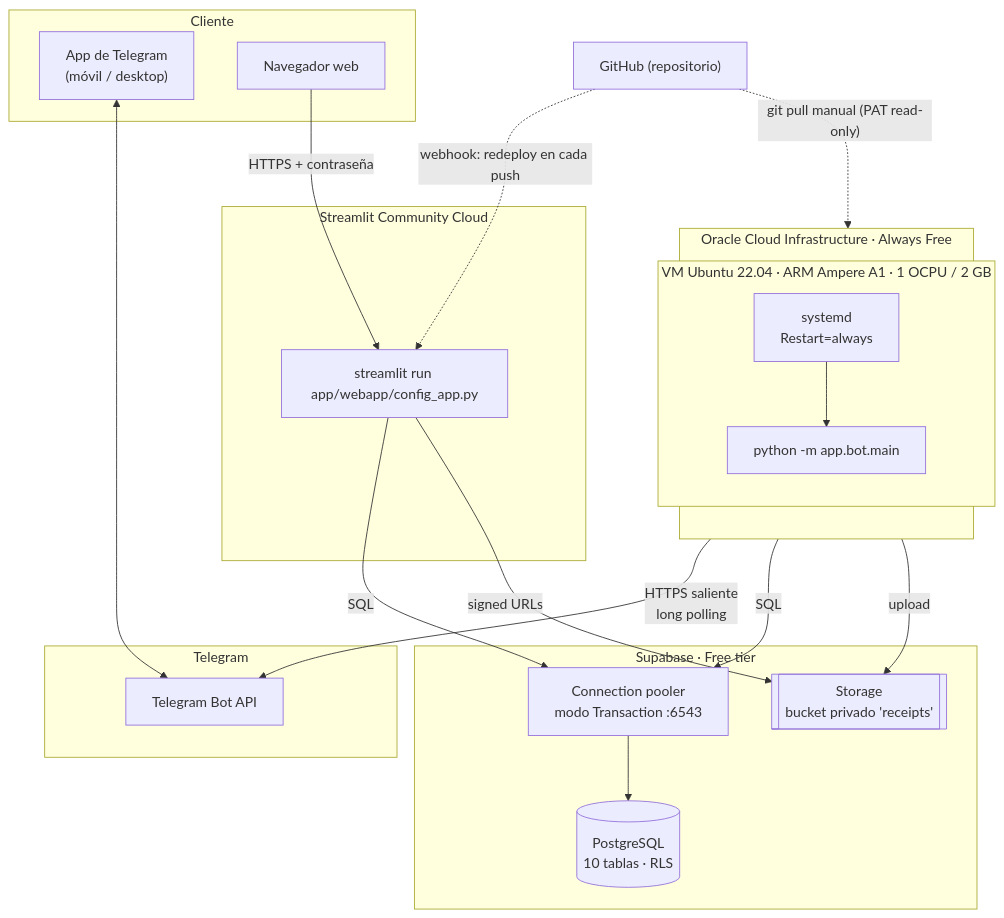
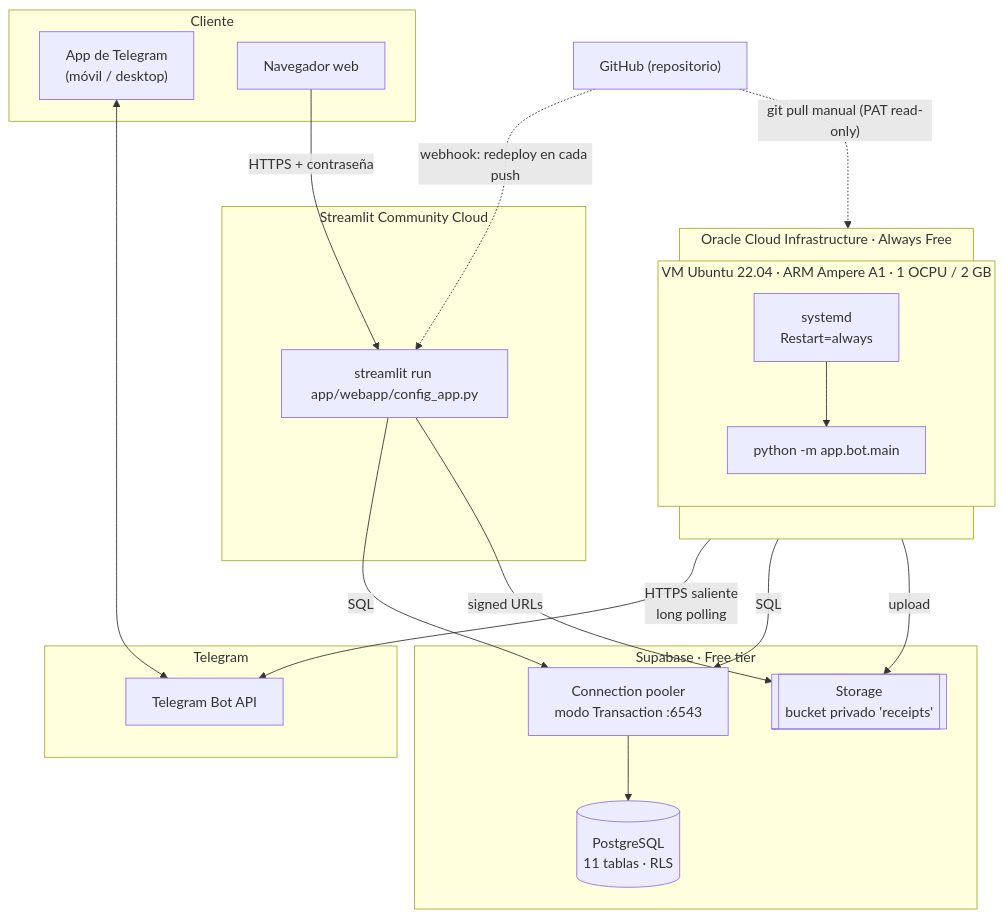
One commit to Javier3921/Finance changed the first of 11 diagrams in docs/ANALISIS_TECNICO.md. Above: the diagram before and after it, drawn with Mermaid. The commit also changed other lines of this file and 3 other files, not shown here.

````diff
--- a/docs/ANALISIS_TECNICO.md
+++ b/docs/ANALISIS_TECNICO.md
@@ -65,45 +65,45 @@
 ```mermaid
 flowchart TB
     subgraph Cliente
         TGAPP["App de Telegram<br/>(móvil / desktop)"]
         BROWSER["Navegador web"]
     end
 
     subgraph Telegram
         TGAPI["Telegram Bot API"]
     end
 
     subgraph OCI["Oracle Cloud Infrastructure · Always Free"]
         direction TB
         subgraph VM["VM Ubuntu 22.04 · ARM Ampere A1 · 1 OCPU / 2 GB"]
             SYSTEMD["systemd<br/>Restart=always"]
             BOT["python -m app.bot.main"]
             SYSTEMD --> BOT
         end
     end
 
     subgraph STC["Streamlit Community Cloud"]
         DASH["streamlit run app/webapp/config_app.py"]
     end
 
     subgraph SUPA["Supabase · Free tier"]
         POOLER["Connection pooler<br/>modo Transaction :6543"]
-        PG[("PostgreSQL<br/>10 tablas · RLS")]
+        PG[("PostgreSQL<br/>11 tablas · RLS")]
         STORAGE[["Storage<br/>bucket privado 'receipts'"]]
         POOLER --> PG
     end
 
     GITHUB["GitHub (repositorio)"]
 
     TGAPP <--> TGAPI
     BOT -- "HTTPS saliente<br/>long polling" --> TGAPI
     BROWSER -- "HTTPS + contraseña" --> DASH
 
     BOT -- "SQL" --> POOLER
     DASH -- "SQL" --> POOLER
     BOT -- "upload" --> STORAGE
     DASH -- "signed URLs" --> STORAGE
 
     GITHUB -. "webhook: redeploy en cada push" .-> DASH
     GITHUB -. "git pull manual (PAT read-only)" .-> VM
 ```
````
